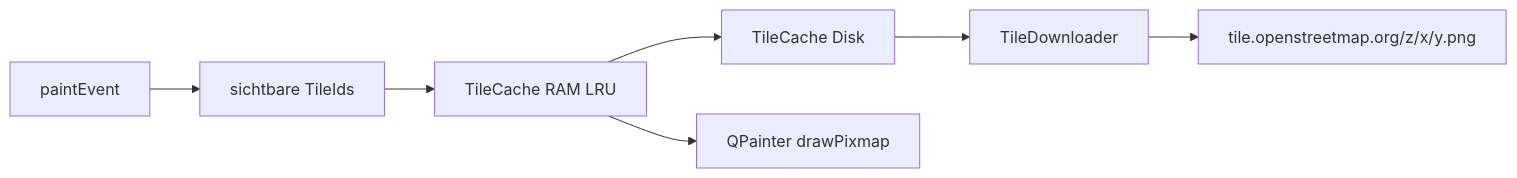
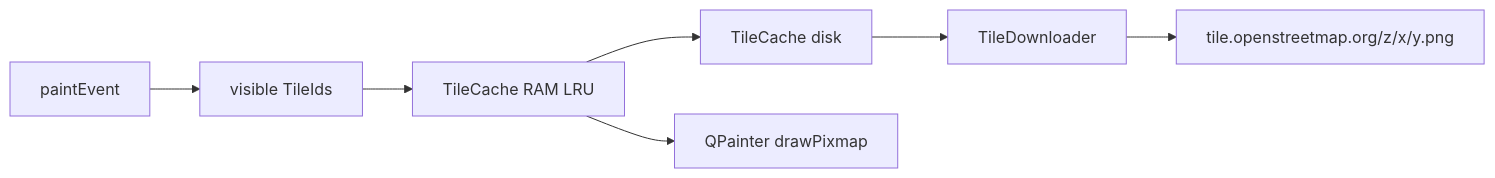
Before and after one commit to ViezTrinker/location-history-visualizer: the diagram in doc/map.md, drawn with Mermaid. The commit also changed other lines of this file and 5 other files, not shown here.

````diff
--- a/doc/map.md
+++ b/doc/map.md
@@ -19,9 +19,9 @@
 ```mermaid
 flowchart LR
-  paint[paintEvent] --> visible[sichtbare TileIds]
+  paint[paintEvent] --> visible[visible TileIds]
   visible --> mem[TileCache RAM LRU]
-  mem --> disk[TileCache Disk]
+  mem --> disk[TileCache disk]
   disk --> http[TileDownloader]
   http --> osm["tile.openstreetmap.org/z/x/y.png"]
   mem --> blit[QPainter drawPixmap]
 ```
````
